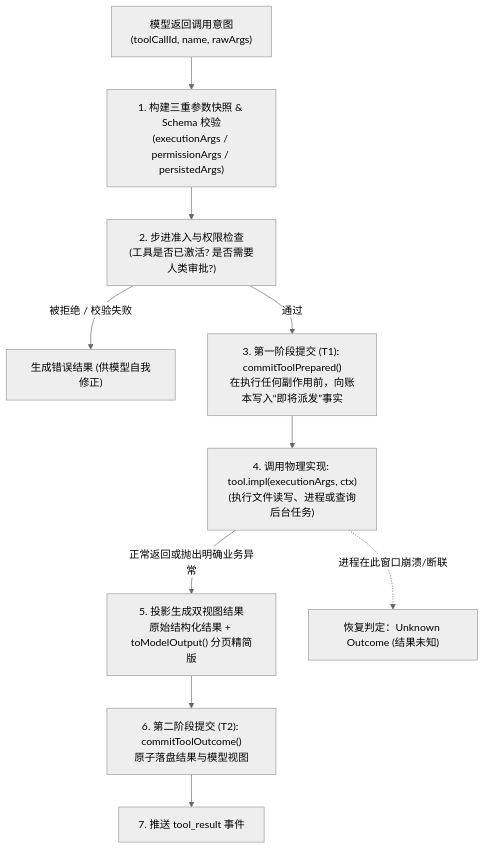
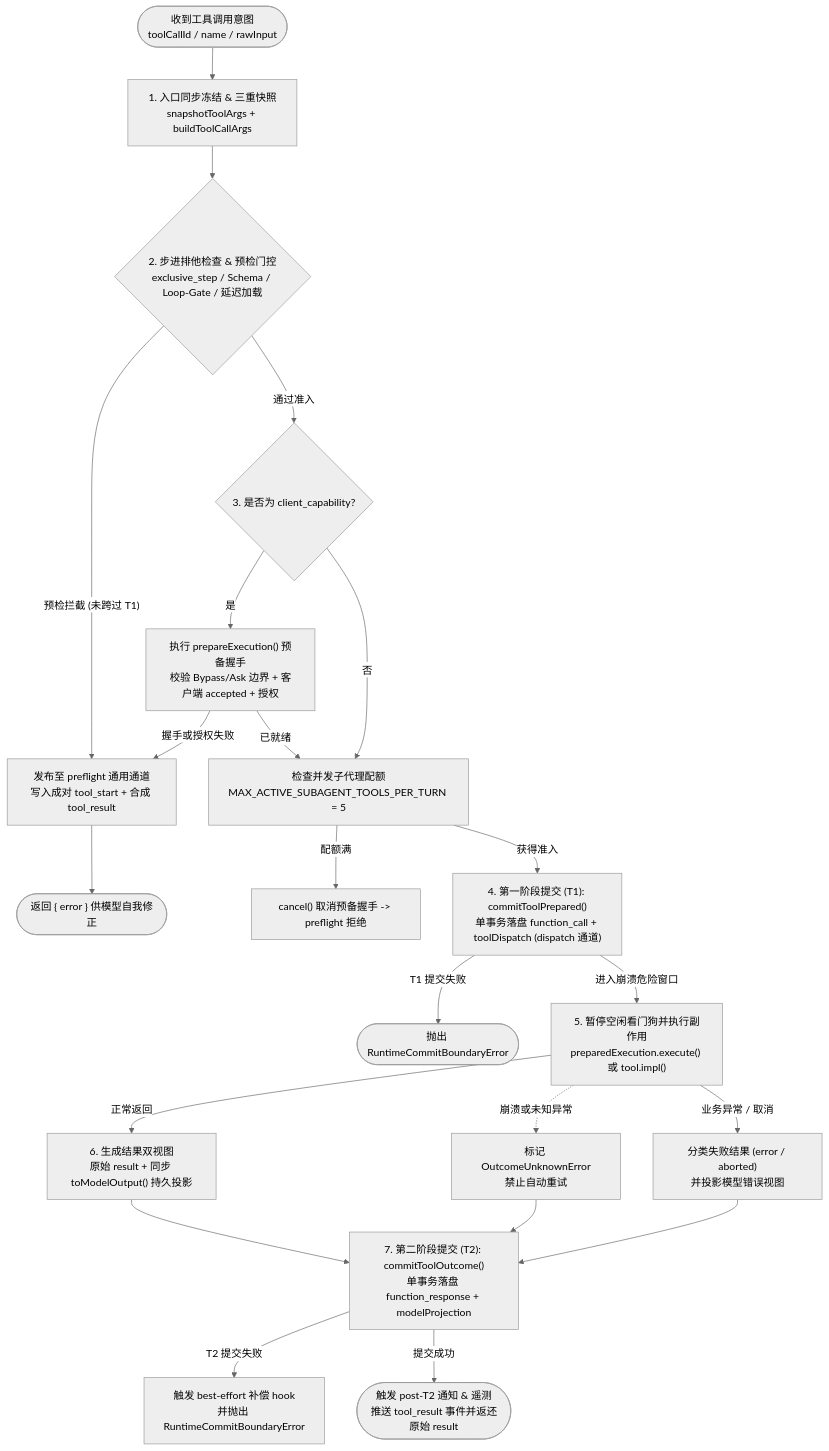
Before and after one commit to suger-m/agent-infrastructure-docs: the first of 3 diagrams in maka-agent-infra/03-tools/tool-runtime.md, drawn with Mermaid (neutral theme). The commit also changed other lines of this file and 31 other files, not shown here.

````diff
--- a/maka-agent-infra/03-tools/tool-runtime.md
+++ b/maka-agent-infra/03-tools/tool-runtime.md
@@ -17,16 +17,29 @@
 ```mermaid
 flowchart TD
-    Call["模型返回调用意图<br/>(toolCallId, name, rawArgs)"] --> Snap["1. 构建三重参数快照 & Schema 校验<br/>(executionArgs / permissionArgs / persistedArgs)"]
-    Snap --> Auth["2. 步进准入与权限检查<br/>(工具是否已激活? 是否需要人类审批?)"]
-    
-    Auth -->|"被拒绝 / 校验失败"| ErrResult["生成错误结果 (供模型自我修正)"]
-    Auth -->|通过| T1["3. 第一阶段提交 (T1): commitToolPrepared()<br/>在执行任何副作用前，向账本写入“即将派发”事实"]
-    
-    T1 --> Exec["4. 调用物理实现: tool.impl(executionArgs, ctx)<br/>(执行文件读写、进程或查询后台任务)"]
-    
-    Exec -->|正常返回或抛出明确业务异常| Proj["5. 投影生成双视图结果<br/>原始结构化结果 + toModelOutput() 分页精简版"]
-    Exec -.->|"进程在此窗口崩溃/断联"| Unknown["恢复判定：Unknown Outcome (结果未知)"]
-    
-    Proj --> T2["6. 第二阶段提交 (T2): commitToolOutcome()<br/>原子落盘结果与模型视图"]
-    T2 --> Pub["7. 推送 tool_result 事件"]
+    Entry(["收到工具调用意图<br/>toolCallId / name / rawInput"]) --> Freeze["1. 入口同步冻结 & 三重快照<br/>snapshotToolArgs + buildToolCallArgs"]
+    Freeze --> StepAdmit{"2. 步进排他检查 & 预检门控<br/>exclusive_step / Schema / Loop-Gate / 延迟加载"}
+
+    StepAdmit -->|"预检拦截 (未跨过 T1)"| Preflight["发布至 preflight 通用通道<br/>写入成对 tool_start + 合成 tool_result"]
+    Preflight --> ReturnErr(["返回 { error } 供模型自我修正"])
+
+    StepAdmit -->|"通过准入"| ClientGate{"3. 是否为 client_capability?"}
+    ClientGate -->|"是"| PrepExec["执行 prepareExecution() 预备握手<br/>校验 Bypass/Ask 边界 + 客户端 accepted + 授权"]
+    PrepExec -->|"握手或授权失败"| Preflight
+    ClientGate -->|"否"| SubSlot["检查并发子代理配额<br/>MAX_ACTIVE_SUBAGENT_TOOLS_PER_TURN = 5"]
+    PrepExec -->|"已就绪"| SubSlot
+    SubSlot -->|"配额满"| CancelPrep["cancel() 取消预备握手 -> preflight 拒绝"]
+
+    SubSlot -->|"获得准入"| T1["4. 第一阶段提交 (T1): commitToolPrepared()<br/>单事务落盘 function_call + toolDispatch (dispatch 通道)"]
+    T1 -->|"T1 提交失败"| FatalCommit(["抛出 RuntimeCommitBoundaryError"])
+
+    T1 -->|"进入崩溃危险窗口"| Exec["5. 暂停空闲看门狗并执行副作用<br/>preparedExecution.execute() 或 tool.impl()"]
+    Exec -->|"正常返回"| Project["6. 生成结果双视图<br/>原始 result + 同步 toModelOutput() 持久投影"]
+    Exec -.->|"崩溃或未知异常"| Unknown["标记 OutcomeUnknownError<br/>禁止自动重试"]
+    Exec -->|"业务异常 / 取消"| FailProject["分类失败结果 (error / aborted)<br/>并投影模型错误视图"]
+
+    Project --> T2["7. 第二阶段提交 (T2): commitToolOutcome()<br/>单事务落盘 function_response + modelProjection"]
+    FailProject --> T2
+    Unknown --> T2
+    T2 -->|"T2 提交失败"| Comp["触发 best-effort 补偿 hook<br/>并抛出 RuntimeCommitBoundaryError"]
+    T2 -->|"提交成功"| Done(["触发 post-T2 通知 & 遥测<br/>推送 tool_result 事件并返还原始 result"])
 ```
````
